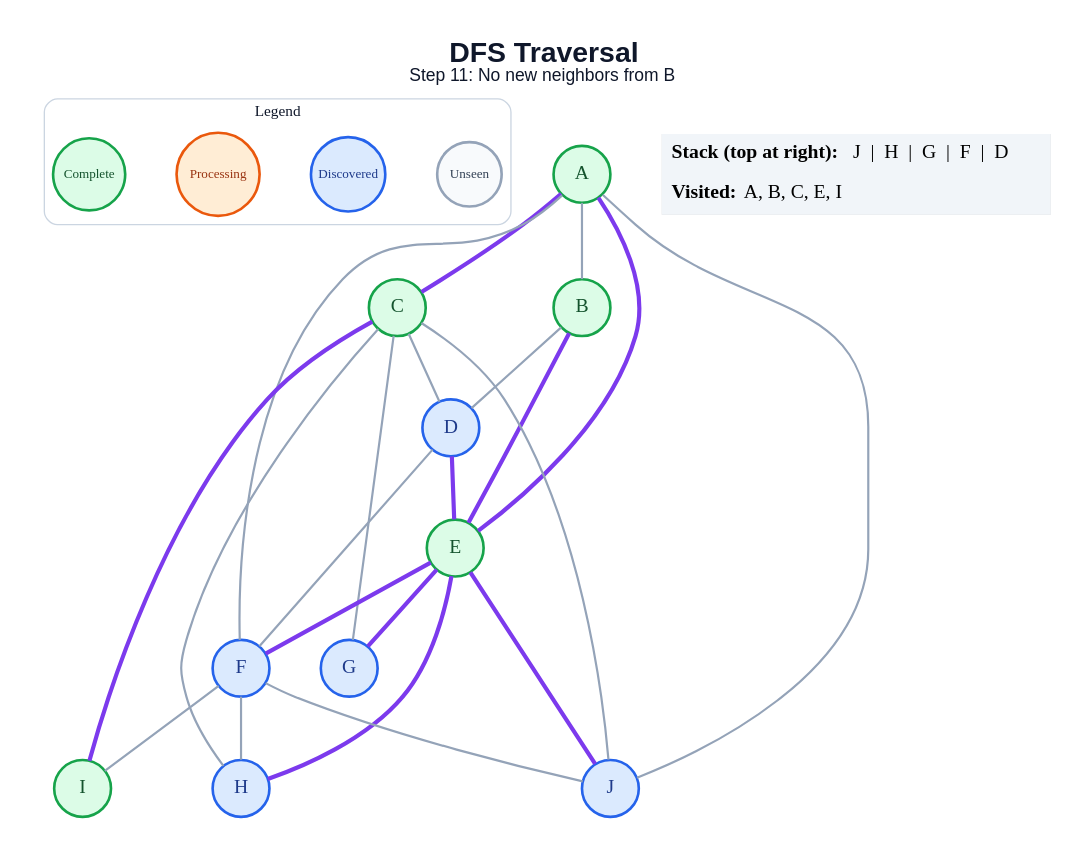
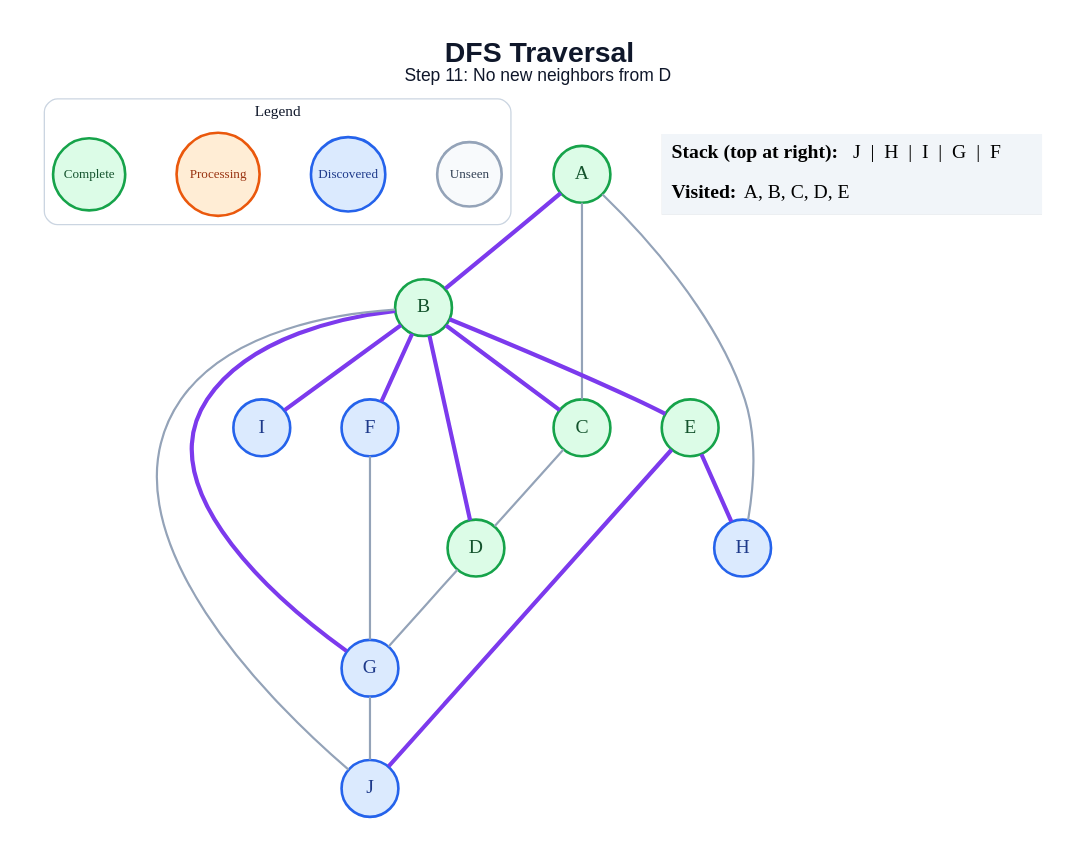
One commit to amanghodawala9/ai-slop changed the diagram in generated/specific-node/dfs/step_11.dot. Above: the diagram before and after it, drawn with Graphviz. The commit also changed 178 other files, not shown here.

```diff
--- a/generated/specific-node/dfs/step_11.dot
+++ b/generated/specific-node/dfs/step_11.dot
@@ -1,50 +1,45 @@
 graph traversal {
   graph [layout=dot, rankdir=TB, bgcolor="#FFFFFF", pad="0.35", nodesep="0.65", ranksep="0.8", fontname="Arial"];
   node [shape=circle, style="filled", fontname="Arial Bold", fontsize=18, width=0.72, fixedsize=true, penwidth=2.4];
   edge [color="#94A3B8", penwidth=2.0];
-  label=<<B>DFS Traversal</B><BR/><FONT POINT-SIZE="16">Step 11: No new neighbors from B</FONT>>; labelloc="t"; fontsize=26; fontname="Arial"; fontcolor="#0F172A";
+  label=<<B>DFS Traversal</B><BR/><FONT POINT-SIZE="16">Step 11: No new neighbors from D</FONT>>; labelloc="t"; fontsize=26; fontname="Arial"; fontcolor="#0F172A";
   subgraph cluster_legend { label="Legend"; color="#CBD5E1"; penwidth=1.2; style="rounded"; fontsize=14; fontname="Arial Bold";
     key_unseen [label="Unseen", fillcolor="#F8FAFC", color="#94A3B8", fontcolor="#334155", fontsize=12, width=0.82];
     key_frontier [label="Discovered", fillcolor="#DBEAFE", color="#2563EB", fontcolor="#1E3A8A", fontsize=12, width=0.95];
     key_current [label="Processing", fillcolor="#FFEDD5", color="#EA580C", fontcolor="#9A3412", fontsize=12, width=1.05];
     key_done [label="Complete", fillcolor="#DCFCE7", color="#16A34A", fontcolor="#14532D", fontsize=12, width=0.92];
     { rank=same; key_unseen; key_frontier; key_current; key_done; }
   }
   A [fillcolor="#DCFCE7", color="#16A34A", fontcolor="#14532D"];
   B [fillcolor="#DCFCE7", color="#16A34A", fontcolor="#14532D"];
   C [fillcolor="#DCFCE7", color="#16A34A", fontcolor="#14532D"];
-  D [fillcolor="#DBEAFE", color="#2563EB", fontcolor="#1E3A8A"];
+  D [fillcolor="#DCFCE7", color="#16A34A", fontcolor="#14532D"];
   E [fillcolor="#DCFCE7", color="#16A34A", fontcolor="#14532D"];
   F [fillcolor="#DBEAFE", color="#2563EB", fontcolor="#1E3A8A"];
   G [fillcolor="#DBEAFE", color="#2563EB", fontcolor="#1E3A8A"];
   H [fillcolor="#DBEAFE", color="#2563EB", fontcolor="#1E3A8A"];
-  I [fillcolor="#DCFCE7", color="#16A34A", fontcolor="#14532D"];
+  I [fillcolor="#DBEAFE", color="#2563EB", fontcolor="#1E3A8A"];
   J [fillcolor="#DBEAFE", color="#2563EB", fontcolor="#1E3A8A"];
-  A -- B;
-  A -- C [color="#7C3AED", penwidth=3.8];
-  A -- E [color="#7C3AED", penwidth=3.8];
-  A -- F;
-  A -- J;
-  B -- D;
+  A -- B [color="#7C3AED", penwidth=3.8];
+  A -- C;
+  A -- H;
+  B -- C [color="#7C3AED", penwidth=3.8];
+  B -- D [color="#7C3AED", penwidth=3.8];
   B -- E [color="#7C3AED", penwidth=3.8];
+  B -- F [color="#7C3AED", penwidth=3.8];
+  B -- G [color="#7C3AED", penwidth=3.8];
+  B -- I [color="#7C3AED", penwidth=3.8];
+  B -- J;
   C -- D;
-  C -- G;
-  C -- H;
-  C -- I [color="#7C3AED", penwidth=3.8];
-  C -- J;
-  D -- E [color="#7C3AED", penwidth=3.8];
-  D -- F;
-  E -- F [color="#7C3AED", penwidth=3.8];
-  E -- G [color="#7C3AED", penwidth=3.8];
+  D -- G;
   E -- H [color="#7C3AED", penwidth=3.8];
   E -- J [color="#7C3AED", penwidth=3.8];
-  F -- H;
-  F -- I;
-  F -- J;
+  F -- G;
+  G -- J;
   status [shape=plain, fixedsize=false, width=0, height=0, margin=0, label=<
     <TABLE BORDER="0" CELLBORDER="0" CELLPADDING="7" BGCOLOR="#F1F5F9">
-      <TR><TD ALIGN="LEFT"><B>Stack (top at right):</B> J  |  H  |  G  |  F  |  D</TD></TR>
-      <TR><TD ALIGN="LEFT"><B>Visited:</B> A, B, C, E, I</TD></TR>
+      <TR><TD ALIGN="LEFT"><B>Stack (top at right):</B> J  |  H  |  I  |  G  |  F</TD></TR>
+      <TR><TD ALIGN="LEFT"><B>Visited:</B> A, B, C, D, E</TD></TR>
     </TABLE>
   >];
 }
```
